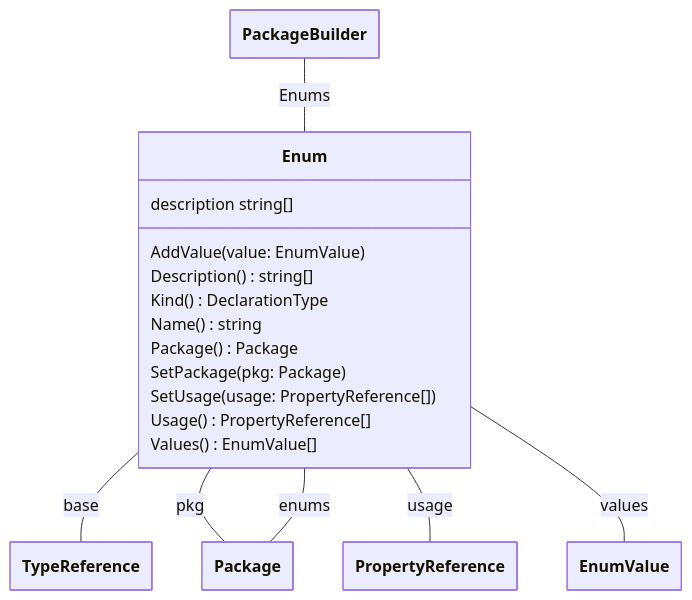
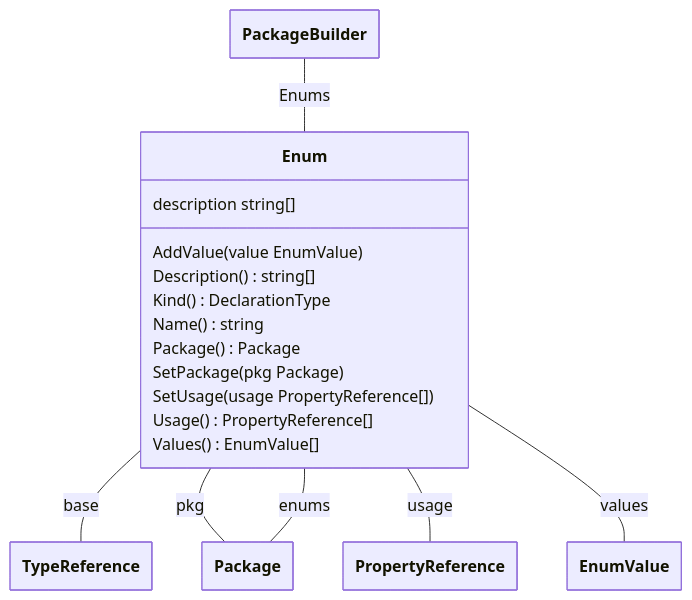
The first of 17 diagrams in docs/model/model.md (theunrepentantgeek/crddoc), drawn with Mermaid before and after one commit. The commit also changed other lines of this file, not shown here.

````diff
--- a/docs/model/model.md
+++ b/docs/model/model.md
@@ -25,39 +25,39 @@
 ```mermaid
 ---
   config:
     class:
       hideEmptyMembersBox: true
 ---
 classDiagram
 
 class Enum["Enum"]{  
       description string[]  
-      AddValue(value: EnumValue)  
+      AddValue(value EnumValue)  
       Description()string[]  
       Kind()DeclarationType  
       Name()string  
       Package()Package  
-      SetPackage(pkg: Package)  
-      SetUsage(usage: PropertyReference[])  
+      SetPackage(pkg Package)  
+      SetUsage(usage PropertyReference[])  
       Usage()PropertyReference[]  
       Values()EnumValue[]
 
 
 } 
 
 Package -- Enum : enums 
 PackageBuilder -- Enum : Enums 
 
 Enum -- TypeReference : base 
 Enum -- Package : pkg 
 Enum -- PropertyReference : usage 
 Enum -- EnumValue : values 
 
 class Package["Package"]
 class PackageBuilder["PackageBuilder"]
 class TypeReference["TypeReference"]
 class Package["Package"]
 class PropertyReference["PropertyReference"]
 class EnumValue["EnumValue"]
 
 ```
````
